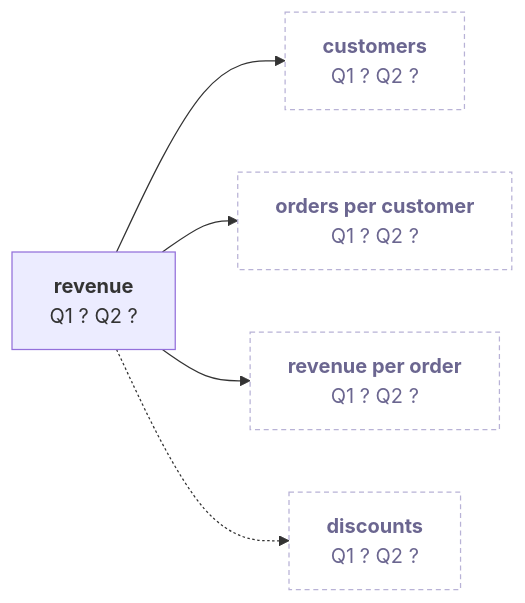
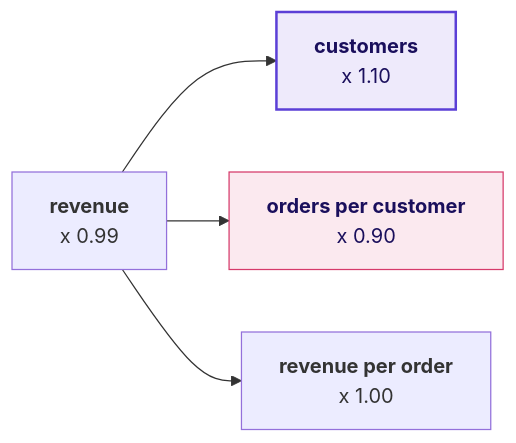
Before and after one commit to fde-academy-lab/c2-content-factory: the third of 13 diagrams in content/W01/D2/slides/C2_W01_D02_half1_STUDENT.md, drawn with Mermaid. The commit also changed other lines of this file and 3 other files, not shown here.

````diff
--- a/content/W01/D2/slides/C2_W01_D02_half1_STUDENT.md
+++ b/content/W01/D2/slides/C2_W01_D02_half1_STUDENT.md
@@ -140,9 +172,10 @@
 ```mermaid
 flowchart LR
-    R["<b>revenue</b><br/>Q1 ? Q2 ?"] --> C["<b>customers</b><br/>Q1 ? Q2 ?"]
-    R --> F["<b>orders per customer</b><br/>Q1 ? Q2 ?"]
-    R --> O["<b>revenue per order</b><br/>Q1 ? Q2 ?"]
-    R -.-> D["<b>discounts</b><br/>Q1 ? Q2 ?"]
-    classDef unknown fill:#FFFFFF,stroke:#B8B2D6,color:#6B6690,stroke-dasharray:4 3
-    class C,F,O,D unknown
+    R["<b>revenue</b><br/>x 0.99"] --> C["<b>customers</b><br/>x 1.10"]
+    R --> F["<b>orders per customer</b><br/>x 0.90"]
+    R --> O["<b>revenue per order</b><br/>x 1.00"]
+    classDef known fill:#EEEAFB,stroke:#5B3FD6,color:#1A0F5C,stroke-width:2px
+    classDef bad fill:#FBE9EF,stroke:#D63A6A,color:#1A0F5C
+    class C known
+    class F bad
 ```
````
